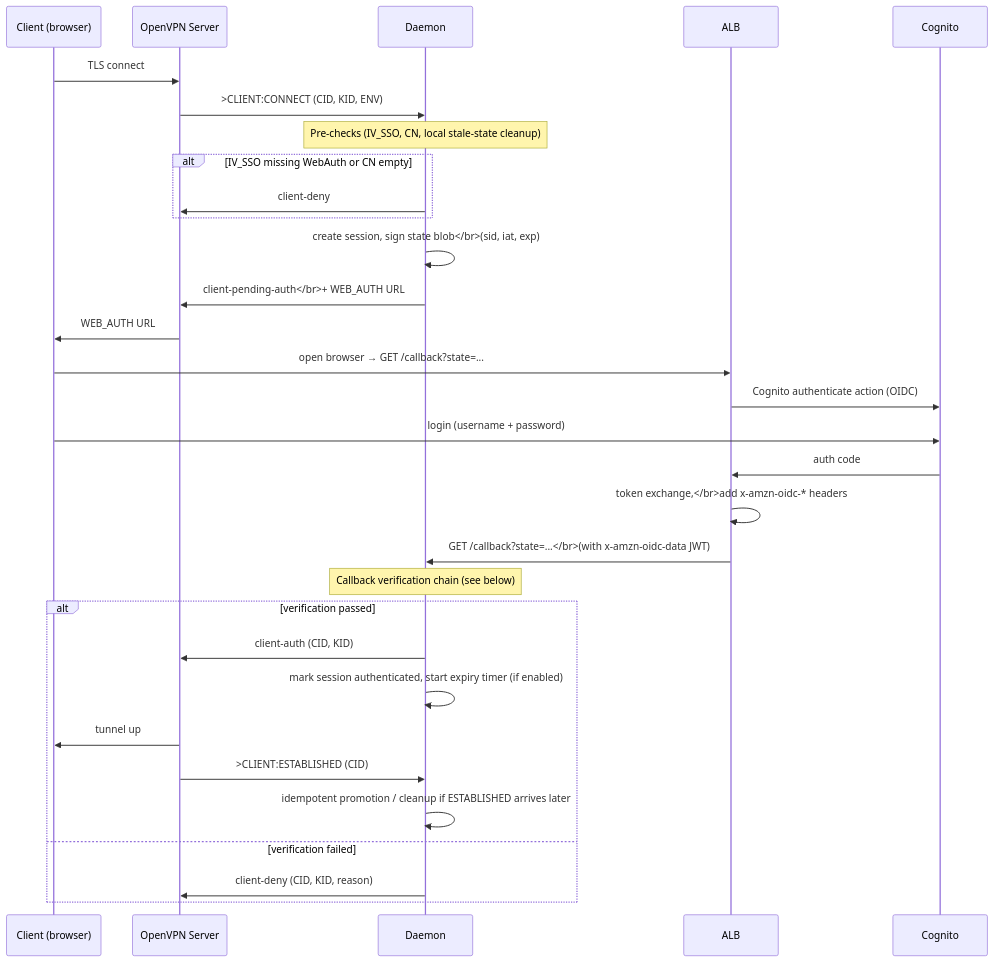
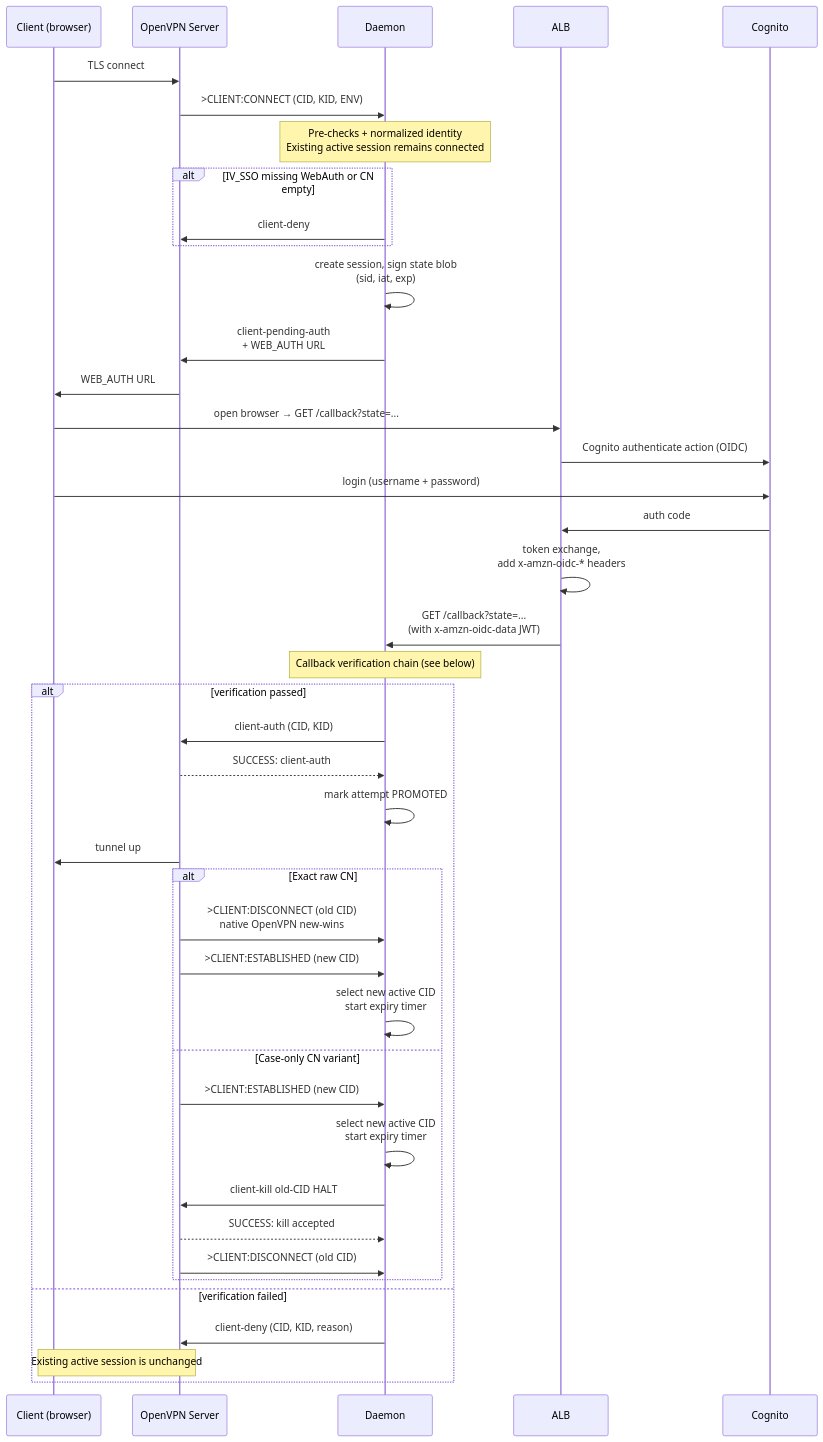
The first of 6 diagrams in docs/architecture.md (luk-kop/openvpn-auth-aws), drawn with Mermaid before and after one commit. The commit also changed other lines of this file and 102 other files, not shown here.

````diff
--- a/docs/architecture.md
+++ b/docs/architecture.md
@@ -25,40 +25,51 @@
 ```mermaid
 sequenceDiagram
     participant C as Client (browser)
     participant V as OpenVPN Server
     participant D as Daemon
     participant A as ALB
     participant Co as Cognito
 
     C->>V: TLS connect
     V->>D: >CLIENT:CONNECT (CID, KID, ENV)
 
-    note over D: Pre-checks (IV_SSO, CN, local stale-state cleanup)
+    note over D: Pre-checks + normalized identity<br/>Existing active session remains connected
 
     alt IV_SSO missing WebAuth or CN empty
         D->>V: client-deny
     end
 
-    D->>D: create session, sign state blob</br>(sid, iat, exp)
-    D->>V: client-pending-auth</br>+ WEB_AUTH URL
+    D->>D: create session, sign state blob<br/>(sid, iat, exp)
+    D->>V: client-pending-auth<br/>+ WEB_AUTH URL
     V->>C: WEB_AUTH URL
 
     C->>A: open browser → GET /callback?state=...
     A->>Co: Cognito authenticate action (OIDC)
     C->>Co: login (username + password)
     Co->>A: auth code
-    A->>A: token exchange,</br>add x-amzn-oidc-* headers
-    A->>D: GET /callback?state=...</br>(with x-amzn-oidc-data JWT)
+    A->>A: token exchange,<br/>add x-amzn-oidc-* headers
+    A->>D: GET /callback?state=...<br/>(with x-amzn-oidc-data JWT)
 
     note over D: Callback verification chain (see below)
 
     alt verification passed
         D->>V: client-auth (CID, KID)
-        D->>D: mark session authenticated, start expiry timer (if enabled)
+        V-->>D: SUCCESS: client-auth
+        D->>D: mark attempt PROMOTED
         V->>C: tunnel up
-        V->>D: >CLIENT:ESTABLISHED (CID)
-        D->>D: idempotent promotion / cleanup if ESTABLISHED arrives later
+        alt Exact raw CN
+            V->>D: >CLIENT:DISCONNECT (old CID)<br/>native OpenVPN new-wins
+            V->>D: >CLIENT:ESTABLISHED (new CID)
+            D->>D: select new active CID<br/>start expiry timer
+        else Case-only CN variant
+            V->>D: >CLIENT:ESTABLISHED (new CID)
+            D->>D: select new active CID<br/>start expiry timer
+            D->>V: client-kill old-CID HALT
+            V-->>D: SUCCESS: kill accepted
+            V->>D: >CLIENT:DISCONNECT (old CID)
+        end
     else verification failed
         D->>V: client-deny (CID, KID, reason)
+        note over C,V: Existing active session is unchanged
     end
 ```
````
